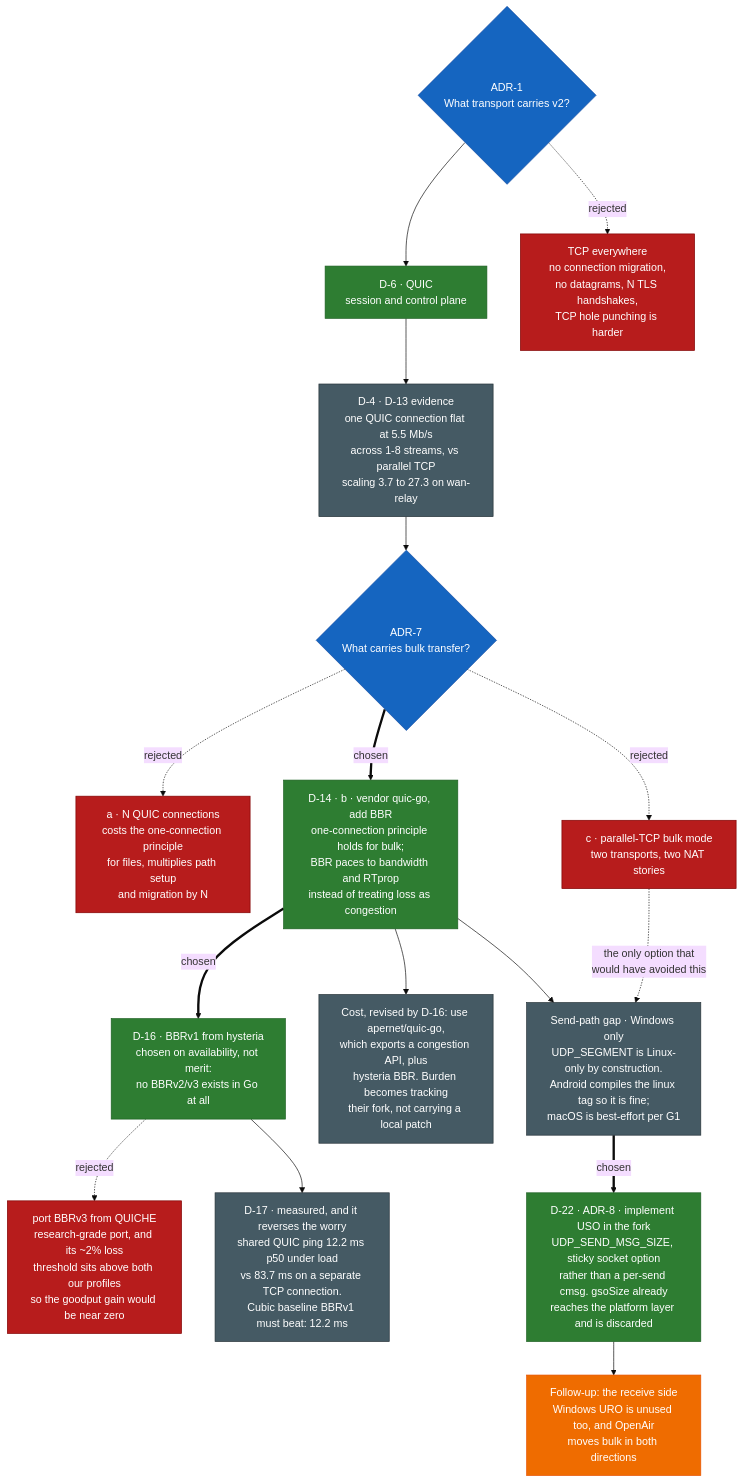
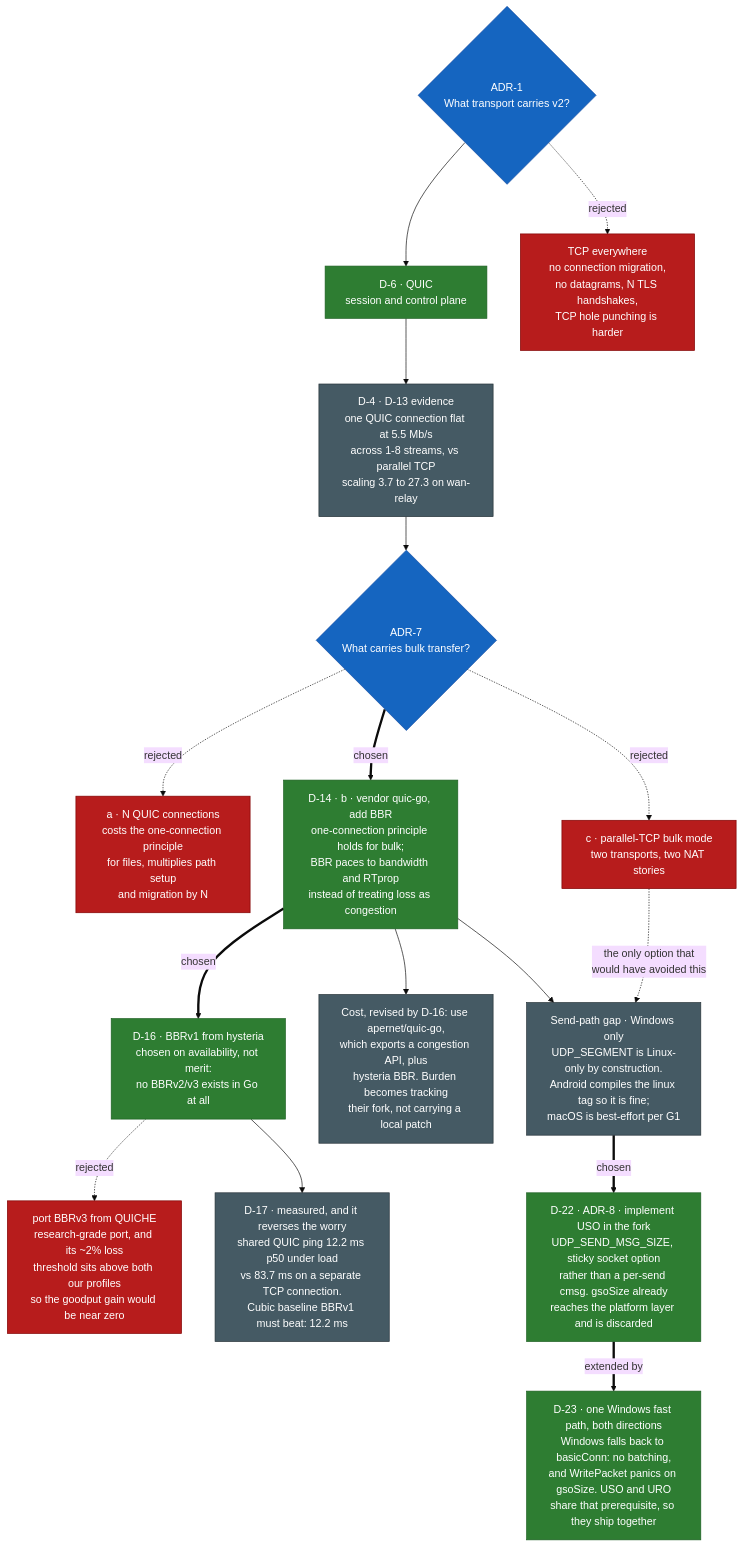
One commit to shreyashsri79/OpenAir changed the first of 4 diagrams in docs/decision-tree.md. Above: the diagram before and after it, drawn with Mermaid (base theme). The commit also changed other lines of this file and 1 other file, not shown here.

First line of the commit message:
docs: fold the Windows receive side into ADR-8 as D-23

````diff
--- a/docs/decision-tree.md
+++ b/docs/decision-tree.md
@@ -40,28 +41,28 @@
 ```mermaid
 flowchart TD
     Q1{"ADR-1<br/>What transport carries v2?"}:::question
     Q1 --> D6["D-6 · QUIC<br/>session and control plane"]:::accepted
     Q1 -.rejected.-> R1["TCP everywhere<br/>no connection migration,<br/>no datagrams, N TLS handshakes,<br/>TCP hole punching is harder"]:::rejected
 
     D6 --> E1["D-4 · D-13 evidence<br/>one QUIC connection flat at 5.5 Mb/s<br/>across 1-8 streams, vs parallel TCP<br/>scaling 3.7 to 27.3 on wan-relay"]:::evidence
     E1 --> Q2{"ADR-7<br/>What carries bulk transfer?"}:::question
 
     Q2 -.rejected.-> R2A["a · N QUIC connections<br/>costs the one-connection principle<br/>for files, multiplies path setup<br/>and migration by N"]:::rejected
     Q2 ==chosen==> D14["D-14 · b · vendor quic-go, add BBR<br/>one-connection principle holds for bulk;<br/>BBR paces to bandwidth and RTprop<br/>instead of treating loss as congestion"]:::accepted
     Q2 -.rejected.-> R2C["c · parallel-TCP bulk mode<br/>two transports, two NAT stories"]:::rejected
 
     D14 ==chosen==> SUB["D-16 · BBRv1 from hysteria<br/>chosen on availability, not merit:<br/>no BBRv2/v3 exists in Go at all"]:::accepted
     SUB -.rejected.-> R3V["port BBRv3 from QUICHE<br/>research-grade port, and its ~2% loss<br/>threshold sits above both our profiles<br/>so the goodput gain would be near zero"]:::rejected
     SUB --> QUEUE["D-17 · measured, and it reverses the worry<br/>shared QUIC ping 12.2 ms p50 under load<br/>vs 83.7 ms on a separate TCP connection.<br/>Cubic baseline BBRv1 must beat: 12.2 ms"]:::evidence
     D14 --> COST["Cost, revised by D-16: use apernet/quic-go,<br/>which exports a congestion API, plus<br/>hysteria BBR. Burden becomes tracking<br/>their fork, not carrying a local patch"]:::evidence
     D14 --> GSO["Send-path gap · Windows only<br/>UDP_SEGMENT is Linux-only by construction.<br/>Android compiles the linux tag so it is fine;<br/>macOS is best-effort per G1"]:::evidence
     R2C -.->|"the only option that<br/>would have avoided this"| GSO
     GSO ==chosen==> D22["D-22 · ADR-8 · implement USO in the fork<br/>UDP_SEND_MSG_SIZE, sticky socket option<br/>rather than a per-send cmsg. gsoSize already<br/>reaches the platform layer and is discarded"]:::accepted
-    D22 --> URO["Follow-up: the receive side<br/>Windows URO is unused too, and OpenAir<br/>moves bulk in both directions"]:::open
+    D22 ==extended by==> D23["D-23 · one Windows fast path, both directions<br/>Windows falls back to basicConn: no batching,<br/>and WritePacket panics on gsoSize. USO and URO<br/>share that prerequisite, so they ship together"]:::accepted
 
     classDef question fill:#1565c0,color:#fff,stroke:#0d47a1
     classDef accepted fill:#2e7d32,color:#fff,stroke:#1b5e20
     classDef rejected fill:#b71c1c,color:#fff,stroke:#7f0000
     classDef open fill:#ef6c00,color:#fff,stroke:#e65100
     classDef evidence fill:#455a64,color:#fff,stroke:#263238
 ```
````
